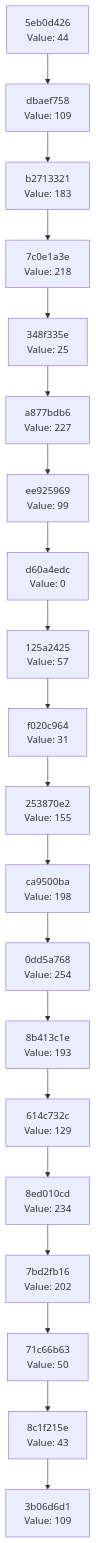
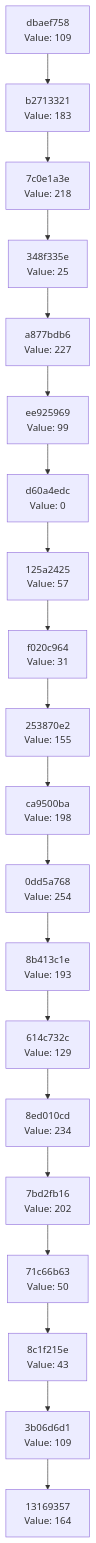
One commit to Abhisheksinha1506/hash-chain-evolver changed the diagram in docs/CHAIN_VISUALIZATION.md. Above: the diagram before and after it, drawn with Mermaid. The commit also changed 3 other files, not shown here.

````diff
--- a/docs/CHAIN_VISUALIZATION.md
+++ b/docs/CHAIN_VISUALIZATION.md
@@ -3,42 +3,42 @@
 ```mermaid
 graph TD
-    C0["3b06d6d1<br/>Value: 109"]
-    C1["8c1f215e<br/>Value: 43"]
+    C0["13169357<br/>Value: 164"]
+    C1["3b06d6d1<br/>Value: 109"]
     C1 --> C0
-    C2["71c66b63<br/>Value: 50"]
+    C2["8c1f215e<br/>Value: 43"]
     C2 --> C1
-    C3["7bd2fb16<br/>Value: 202"]
+    C3["71c66b63<br/>Value: 50"]
     C3 --> C2
-    C4["8ed010cd<br/>Value: 234"]
+    C4["7bd2fb16<br/>Value: 202"]
     C4 --> C3
-    C5["614c732c<br/>Value: 129"]
+    C5["8ed010cd<br/>Value: 234"]
     C5 --> C4
-    C6["8b413c1e<br/>Value: 193"]
+    C6["614c732c<br/>Value: 129"]
     C6 --> C5
-    C7["0dd5a768<br/>Value: 254"]
+    C7["8b413c1e<br/>Value: 193"]
     C7 --> C6
-    C8["ca9500ba<br/>Value: 198"]
+    C8["0dd5a768<br/>Value: 254"]
     C8 --> C7
-    C9["253870e2<br/>Value: 155"]
+    C9["ca9500ba<br/>Value: 198"]
     C9 --> C8
-    C10["f020c964<br/>Value: 31"]
+    C10["253870e2<br/>Value: 155"]
     C10 --> C9
-    C11["125a2425<br/>Value: 57"]
+    C11["f020c964<br/>Value: 31"]
     C11 --> C10
-    C12["d60a4edc<br/>Value: 0"]
+    C12["125a2425<br/>Value: 57"]
     C12 --> C11
-    C13["ee925969<br/>Value: 99"]
+    C13["d60a4edc<br/>Value: 0"]
     C13 --> C12
-    C14["a877bdb6<br/>Value: 227"]
+    C14["ee925969<br/>Value: 99"]
     C14 --> C13
-    C15["348f335e<br/>Value: 25"]
+    C15["a877bdb6<br/>Value: 227"]
     C15 --> C14
-    C16["7c0e1a3e<br/>Value: 218"]
+    C16["348f335e<br/>Value: 25"]
     C16 --> C15
-    C17["b2713321<br/>Value: 183"]
+    C17["7c0e1a3e<br/>Value: 218"]
     C17 --> C16
-    C18["dbaef758<br/>Value: 109"]
+    C18["b2713321<br/>Value: 183"]
     C18 --> C17
-    C19["5eb0d426<br/>Value: 44"]
+    C19["dbaef758<br/>Value: 109"]
     C19 --> C18
 ```
````
